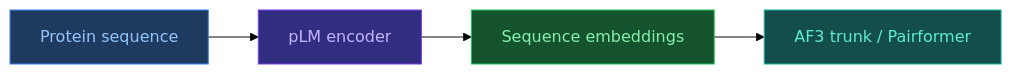
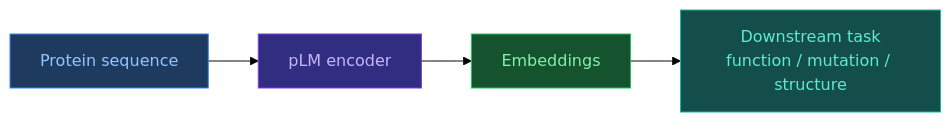
One commit to OlehVolkov/AlphaFold3-AIGen-KnowledgeBase changed the second of 2 diagrams in EN/2. Concepts/2.2. Machine-Learning/2.2.3. Protein Language Models.md. Above: the diagram before and after it, drawn with Mermaid (forest theme). The commit also changed other lines of this file and 33 other files, not shown here.

````diff
--- a/EN/2. Concepts/2.2. Machine-Learning/2.2.3. Protein Language Models.md
+++ b/EN/2. Concepts/2.2. Machine-Learning/2.2.3. Protein Language Models.md
@@ -49,13 +243,13 @@
 ```mermaid
 flowchart LR
-    SEQ[Protein sequence]:::input --> PLM[pLM encoder]:::trunk
-    PLM --> EMB[Sequence embeddings]:::diffusion
-    EMB --> AF3[AF3 trunk / Pairformer]:::output
+    SEQ["Protein sequence"]:::input --> PLM["pLM encoder"]:::trunk
+    PLM --> EMB["Embeddings"]:::diffusion
+    EMB --> DOWN["Downstream task<br/>function / mutation / structure"]:::output
 
     classDef input fill:#1e3a5f,stroke:#3b82f6,color:#93c5fd
     classDef trunk fill:#312e81,stroke:#7c3aed,color:#c4b5fd
     classDef diffusion fill:#14532d,stroke:#22c55e,color:#86efac
     classDef confidence fill:#7c2d12,stroke:#ea580c,color:#fdba74
     classDef output fill:#134e4a,stroke:#14b8a6,color:#5eead4
     classDef neutral fill:#1e293b,stroke:#475569,color:#94a3b8
 ```
````
